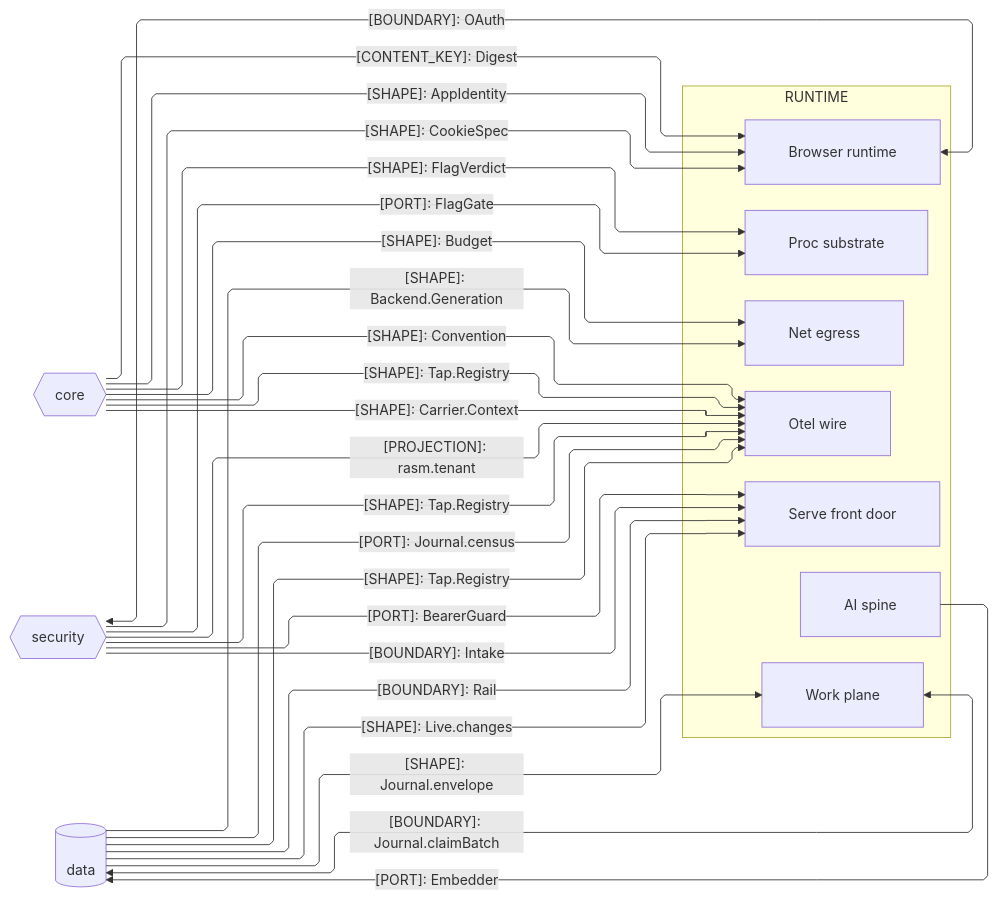
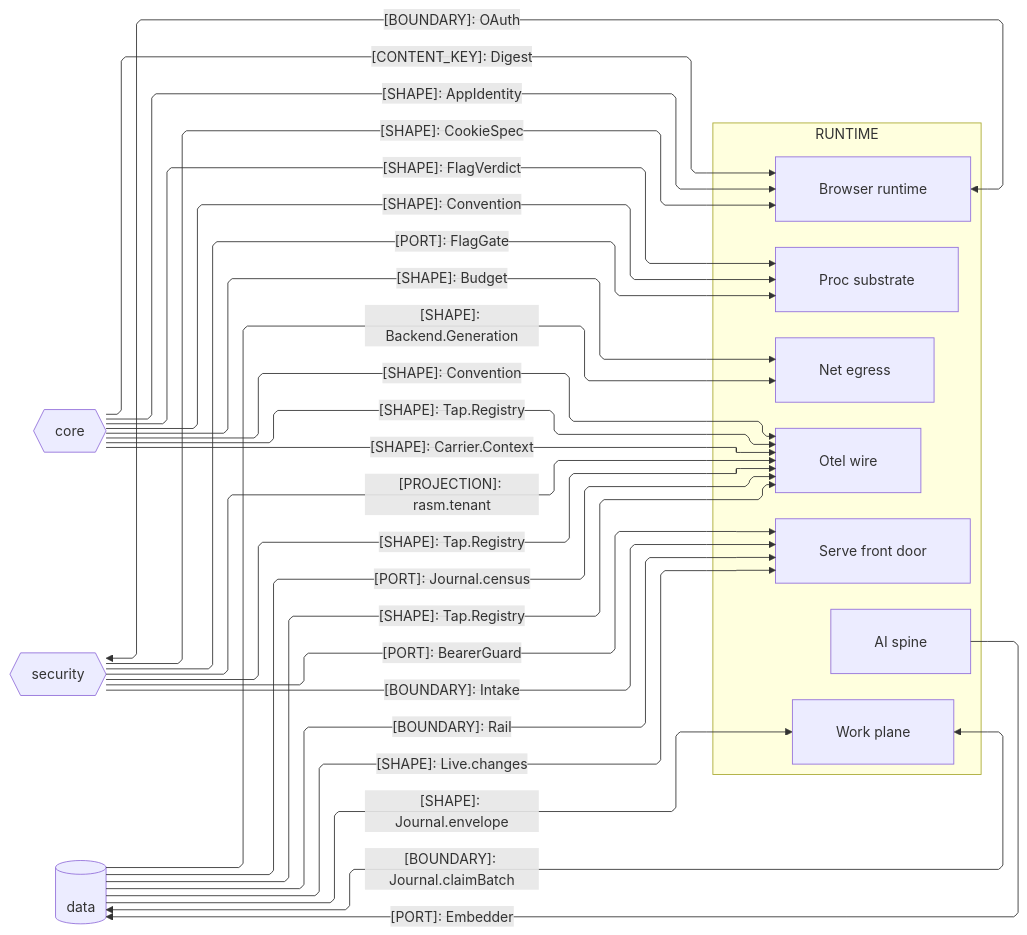
One commit to bsamiee/Rasm changed the second of 3 diagrams in libs/typescript/runtime/ARCHITECTURE.md. Above: the diagram before and after it, drawn with Mermaid. The commit also changed other lines of this file and 189 other files, not shown here.

````diff
--- a/libs/typescript/runtime/ARCHITECTURE.md
+++ b/libs/typescript/runtime/ARCHITECTURE.md
@@ -112,46 +113,47 @@
 ```mermaid
 ---
 config:
   layout: elk
   flowchart:
     curve: linear
     padding: 25
 ---
 flowchart LR
     accTitle: Runtime domain-peer seam registry
     accDescr: Runtime owners exchanging flag, budget, convention, identity, custody, and tap shapes with the core, security, and data peers.
     subgraph runtime[RUNTIME]
         Proc[Proc substrate]
         Net[Net egress]
         Otel[Otel wire]
         Browser[Browser runtime]
         Serve[Serve front door]
         Work[Work plane]
         Ai[AI spine]
     end
     Core{{core}}
     Security{{security}}
     Data[(data)]
     Core e1@-->|"[SHAPE]: FlagVerdict"| Proc
     Core e2@-->|"[SHAPE]: Budget"| Net
     Core e3@-->|"[SHAPE]: Convention"| Otel
     Core e4@-->|"[CONTENT_KEY]: Digest"| Browser
     Core e14@-->|"[SHAPE]: AppIdentity"| Browser
     Security e5@-->|"[SHAPE]: CookieSpec"| Browser
     Browser e6@<-->|"[BOUNDARY]: OAuth"| Security
     Security e7@-->|"[PORT]: BearerGuard"| Serve
     Security e8@-->|"[BOUNDARY]: Intake"| Serve
     Security e13@-->|"[PORT]: FlagGate"| Proc
     Data e9@-->|"[BOUNDARY]: Rail"| Serve
     Data e10@-->|"[SHAPE]: Live.changes"| Serve
     Work e11@<-->|"[BOUNDARY]: Journal.claimBatch"| Data
     Ai e12@-->|"[PORT]: Embedder"| Data
     Data e15@-->|"[PORT]: Journal.census"| Otel
     Security e16@-->|"[PROJECTION]: rasm.tenant"| Otel
     Core e17@-->|"[SHAPE]: Tap.Registry"| Otel
     Data e18@-->|"[SHAPE]: Tap.Registry"| Otel
     Security e19@-->|"[SHAPE]: Tap.Registry"| Otel
     Data e20@-->|"[SHAPE]: Journal.envelope"| Work
     Core e21@-->|"[SHAPE]: Carrier.Context"| Otel
     Data e22@-->|"[SHAPE]: Backend.Generation"| Net
+    Core e23@-->|"[SHAPE]: Convention"| Proc
 ```
````
